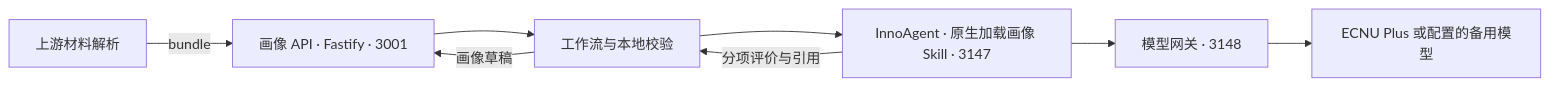
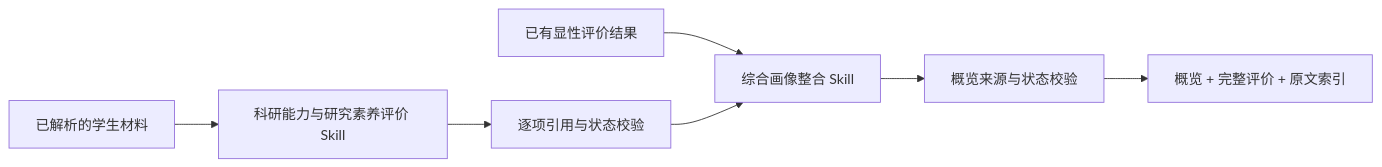
Before and after one commit to NamingIsVeryVeryHard/InnoGrad: the diagram in docs/algorithm/graduate_portrait_design.md, drawn with Mermaid. The commit also changed other lines of this file and 28 other files, not shown here.

````diff
--- a/docs/algorithm/graduate_portrait_design.md
+++ b/docs/algorithm/graduate_portrait_design.md
@@ -121,10 +124,9 @@
-```mermaid
+~~~mermaid
 flowchart LR
-  P[上游材料解析] -->|bundle| A[画像 API · Fastify · 3001]
-  A --> W[工作流与本地校验]
-  W --> I[InnoAgent · 原生加载画像 Skill · 3147]
-  I --> G[模型网关 · 3148]
-  G --> M[ECNU Plus 或配置的备用模型]
-  I -->|分项评价与引用| W
-  W -->|画像草稿| A
-```
+  M[已解析的学生材料] --> E[科研能力与研究素养评价 Skill]
+  E --> V[逐项引用与状态校验]
+  X[已有显性评价结果] --> P[综合画像整合 Skill]
+  V --> P
+  P --> C[概览来源与状态校验]
+  C --> R[概览 + 完整评价 + 原文索引]
+~~~
````
